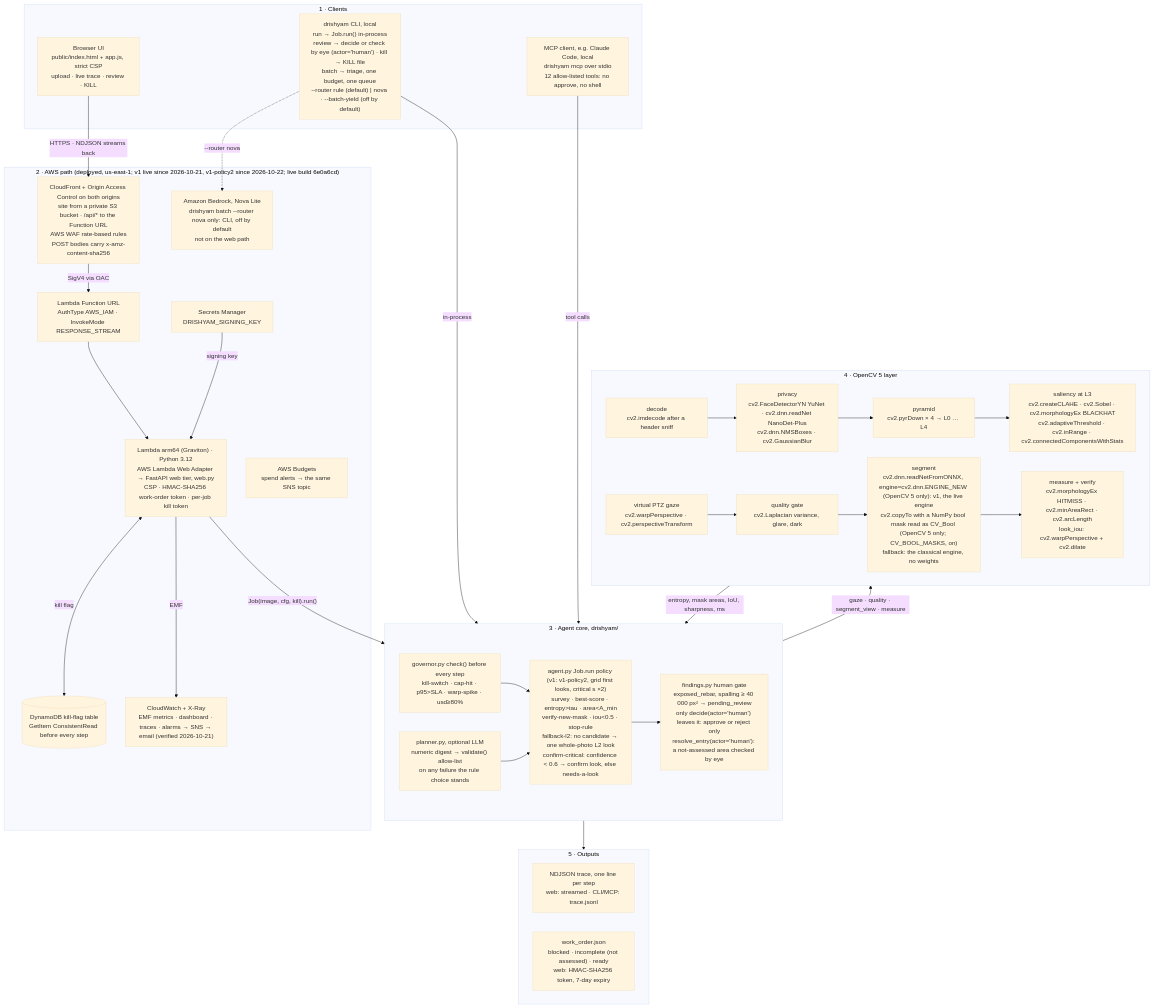
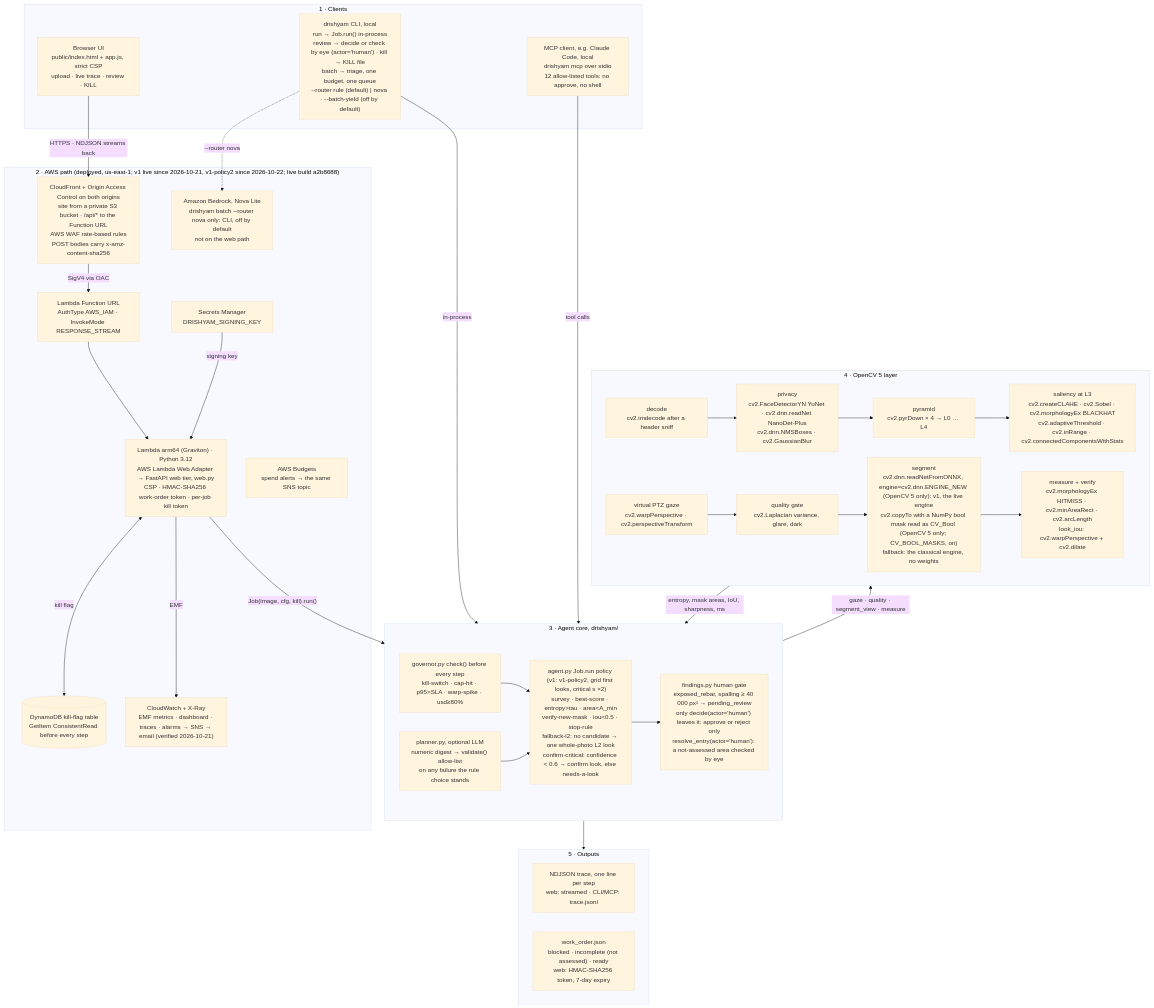
The diagram in docs/architecture.mmd (vj-io/drishyam), drawn with Mermaid (base theme) before and after one commit. The commit also changed 8 other files, not shown here.

First line of the commit message:
docs/aws.md: the a2b8688 deploy (checked by eye, the doc sweep, REV 1.1.1 figures), its smoke run and browser suite

```diff
--- a/docs/architecture.mmd
+++ b/docs/architecture.mmd
@@ -1,62 +1,62 @@
 %% Drishyam system architecture: the same content as docs/architecture.svg.
 %% cv2 names are the calls made in drishyam/imaging.py, privacy.py, segment.py, measure.py and agent.py.
-%% REV 1.1.1 (2026-10-22), the code of the live build 6e0a6cd.
+%% REV 1.1.1 (2026-10-22), the code of the live build a2b8688.
 flowchart TB
     subgraph CLIENTS["1 · Clients"]
         UI["Browser UI<br/>public/index.html + app.js, strict CSP<br/>upload · live trace · review · KILL"]
         CLI["drishyam CLI, local<br/>run → Job.run() in-process<br/>review → decide or check by eye (actor='human') · kill → KILL file<br/>batch → triage, one budget, one queue<br/>--router rule (default) | nova · --batch-yield (off by default)"]
         MCPC["MCP client, e.g. Claude Code, local<br/>drishyam mcp over stdio<br/>12 allow-listed tools: no approve, no shell"]
     end
 
-    subgraph AWS["2 · AWS path (deployed, us-east-1; v1 live since 2026-10-21, v1-policy2 since 2026-10-22; live build 6e0a6cd)"]
+    subgraph AWS["2 · AWS path (deployed, us-east-1; v1 live since 2026-10-21, v1-policy2 since 2026-10-22; live build a2b8688)"]
         CF["CloudFront + Origin Access Control on both origins<br/>site from a private S3 bucket · /api/* to the Function URL<br/>AWS WAF rate-based rules<br/>POST bodies carry x-amz-content-sha256"]
         FURL["Lambda Function URL<br/>AuthType AWS_IAM · InvokeMode RESPONSE_STREAM"]
         LAMBDA["Lambda arm64 (Graviton) · Python 3.12<br/>AWS Lambda Web Adapter → FastAPI web tier, web.py<br/>CSP · HMAC-SHA256 work-order token · per-job kill token"]
         DDB[("DynamoDB kill-flag table<br/>GetItem ConsistentRead before every step")]
         SM["Secrets Manager<br/>DRISHYAM_SIGNING_KEY"]
         CW["CloudWatch + X-Ray<br/>EMF metrics · dashboard · traces · alarms → SNS → email (verified 2026-10-21)"]
         BUD["AWS Budgets<br/>spend alerts → the same SNS topic"]
         BR["Amazon Bedrock, Nova Lite<br/>drishyam batch --router nova only: CLI, off by default<br/>not on the web path"]
     end
 
     subgraph CORE["3 · Agent core, drishyam/"]
         POLICY["agent.py Job.run policy (v1: v1-policy2, grid first looks, critical s ×2)<br/>survey · best-score · entropy#gt;tau · area#lt;A_min<br/>verify-new-mask · iou#lt;0.5 · stop-rule<br/>fallback-l2: no candidate → one whole-photo L2 look<br/>confirm-critical: confidence #lt; 0.6 → confirm look, else needs-a-look"]
         GOV["governor.py check() before every step<br/>kill-switch · cap-hit · p95#gt;SLA · warp-spike · usd≥80%"]
         PLAN["planner.py, optional LLM<br/>numeric digest → validate() allow-list<br/>on any failure the rule choice stands"]
         GATE["findings.py human gate<br/>exposed_rebar, spalling ≥ 40 000 px² → pending_review<br/>only decide(actor='human') leaves it: approve or reject only<br/>resolve_entry(actor='human'): a not-assessed area checked by eye"]
         GOV --> POLICY
         PLAN --> POLICY
         POLICY --> GATE
     end
 
     subgraph CV["4 · OpenCV 5 layer"]
         DEC["decode<br/>cv2.imdecode after a header sniff"]
         PRIV["privacy<br/>cv2.FaceDetectorYN YuNet · cv2.dnn.readNet NanoDet-Plus<br/>cv2.dnn.NMSBoxes · cv2.GaussianBlur"]
         PYR["pyramid<br/>cv2.pyrDown × 4 → L0 … L4"]
         SAL["saliency at L3<br/>cv2.createCLAHE · cv2.Sobel · cv2.morphologyEx BLACKHAT<br/>cv2.adaptiveThreshold · cv2.inRange · cv2.connectedComponentsWithStats"]
         GAZE["virtual PTZ gaze<br/>cv2.warpPerspective · cv2.perspectiveTransform"]
         QG["quality gate<br/>cv2.Laplacian variance, glare, dark"]
         SEG["segment<br/>cv2.dnn.readNetFromONNX, engine=cv2.dnn.ENGINE_NEW (OpenCV 5 only): v1, the live engine<br/>cv2.copyTo with a NumPy bool mask read as CV_Bool (OpenCV 5 only; CV_BOOL_MASKS, on)<br/>fallback: the classical engine, no weights"]
         MEAS["measure + verify<br/>cv2.morphologyEx HITMISS · cv2.minAreaRect · cv2.arcLength<br/>look_iou: cv2.warpPerspective + cv2.dilate"]
         DEC --> PRIV --> PYR --> SAL
         GAZE --> QG --> SEG --> MEAS
     end
 
     subgraph OUT["5 · Outputs"]
         TRACE["NDJSON trace, one line per step<br/>web: streamed · CLI/MCP: trace.jsonl"]
         WO["work_order.json<br/>blocked · incomplete (not assessed) · ready<br/>web: HMAC-SHA256 token, 7-day expiry"]
     end
 
     UI -->|"HTTPS · NDJSON streams back"| CF
     CF -->|"SigV4 via OAC"| FURL --> LAMBDA
     LAMBDA <-->|"kill flag"| DDB
     SM -->|"signing key"| LAMBDA
     LAMBDA -->|"EMF"| CW
     BUD ~~~ CW
     CLI -.->|"--router nova"| BR
     LAMBDA -->|"Job(image, cfg, kill).run()"| CORE
     CLI -->|"in-process"| CORE
     MCPC -->|"tool calls"| CORE
     CORE -->|"gaze · quality · segment_view · measure"| CV
     CV -->|"entropy, mask areas, IoU, sharpness, ms"| CORE
     CORE --> OUT
```
